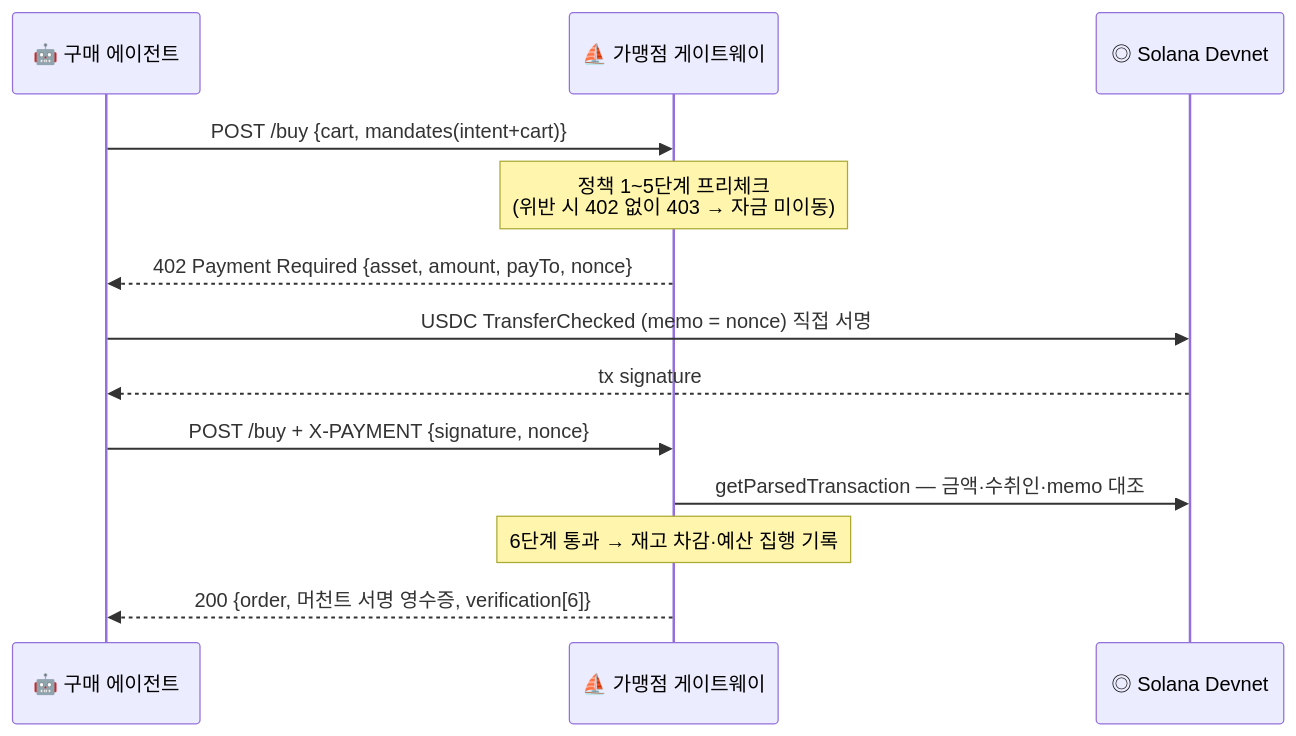
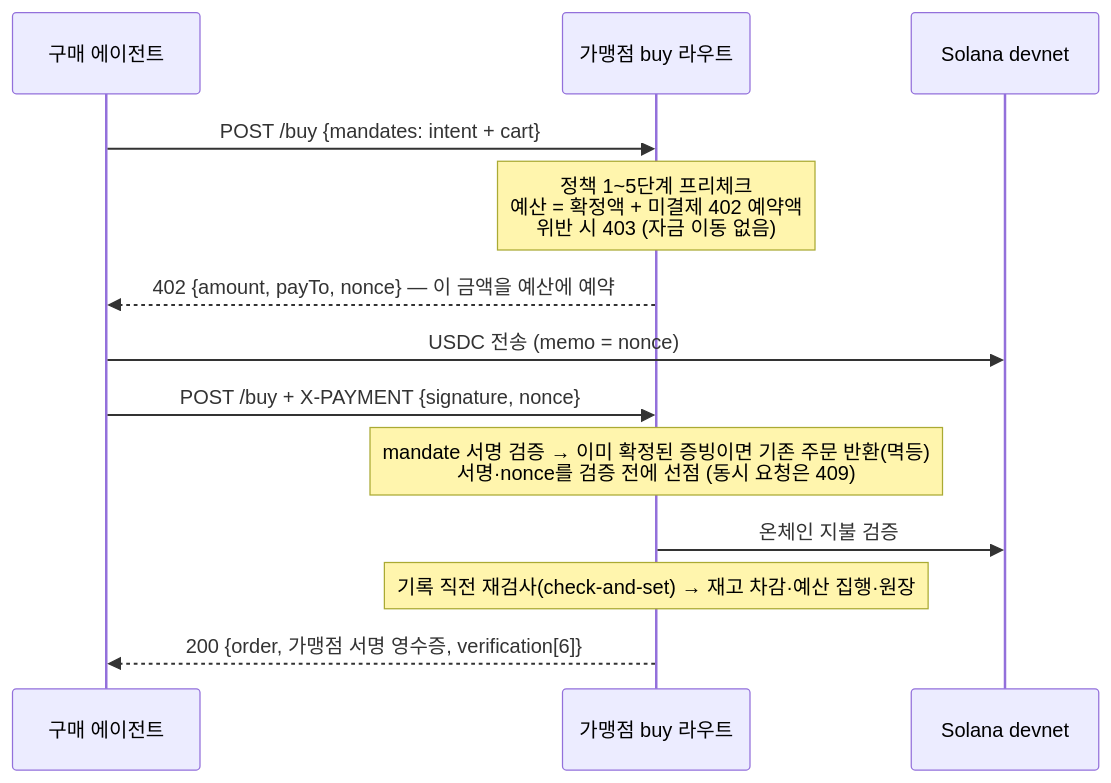
One commit to jang961111-hash/jangbogo changed the second of 2 diagrams in README.md. Above: the diagram before and after it, drawn with Mermaid. The commit also changed other lines of this file and 7 other files, not shown here.

````diff
--- a/README.md
+++ b/README.md
@@ -94,15 +70,15 @@
 ```mermaid
 sequenceDiagram
-    participant A as 🤖 구매 에이전트
-    participant G as ⛵ 가맹점 게이트웨이
-    participant S as ◎ Solana Devnet
-    A->>G: POST /buy {cart, mandates(intent+cart)}
-    Note over G: 정책 1~5단계 프리체크<br/>(위반 시 402 없이 403 → 자금 미이동)
-    G-->>A: 402 Payment Required {asset, amount, payTo, nonce}
-    A->>S: USDC TransferChecked (memo = nonce) 직접 서명
-    S-->>A: tx signature
-    A->>G: POST /buy + X-PAYMENT {signature, nonce}
-    G->>S: getParsedTransaction — 금액·수취인·memo 대조
-    Note over G: 6단계 통과 → 재고 차감·예산 집행 기록
-    G-->>A: 200 {order, 머천트 서명 영수증, verification[6]}
+  participant A as 구매 에이전트
+  participant G as 가맹점 buy 라우트
+  participant S as Solana devnet
+  A->>G: POST /buy {mandates: intent + cart}
+  Note over G: 정책 1~5단계 프리체크<br/>예산 = 확정액 + 미결제 402 예약액<br/>위반 시 403 (자금 이동 없음)
+  G-->>A: 402 {amount, payTo, nonce} — 이 금액을 예산에 예약
+  A->>S: USDC 전송 (memo = nonce)
+  A->>G: POST /buy + X-PAYMENT {signature, nonce}
+  Note over G: mandate 서명 검증 → 이미 확정된 증빙이면 기존 주문 반환(멱등)<br/>서명·nonce를 검증 전에 선점 (동시 요청은 409)
+  G->>S: 온체인 지불 검증
+  Note over G: 기록 직전 재검사(check-and-set) → 재고 차감·예산 집행·원장
+  G-->>A: 200 {order, 가맹점 서명 영수증, verification[6]}
 ```
````
